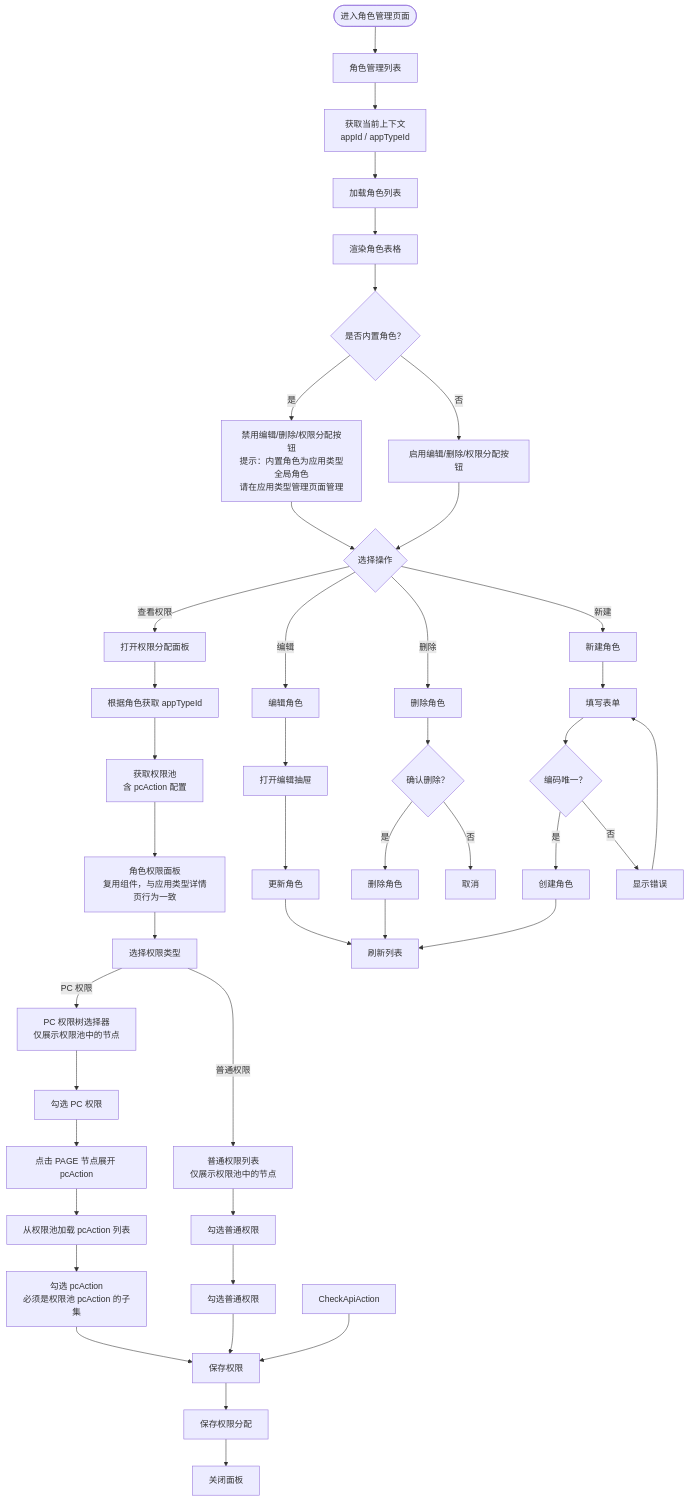
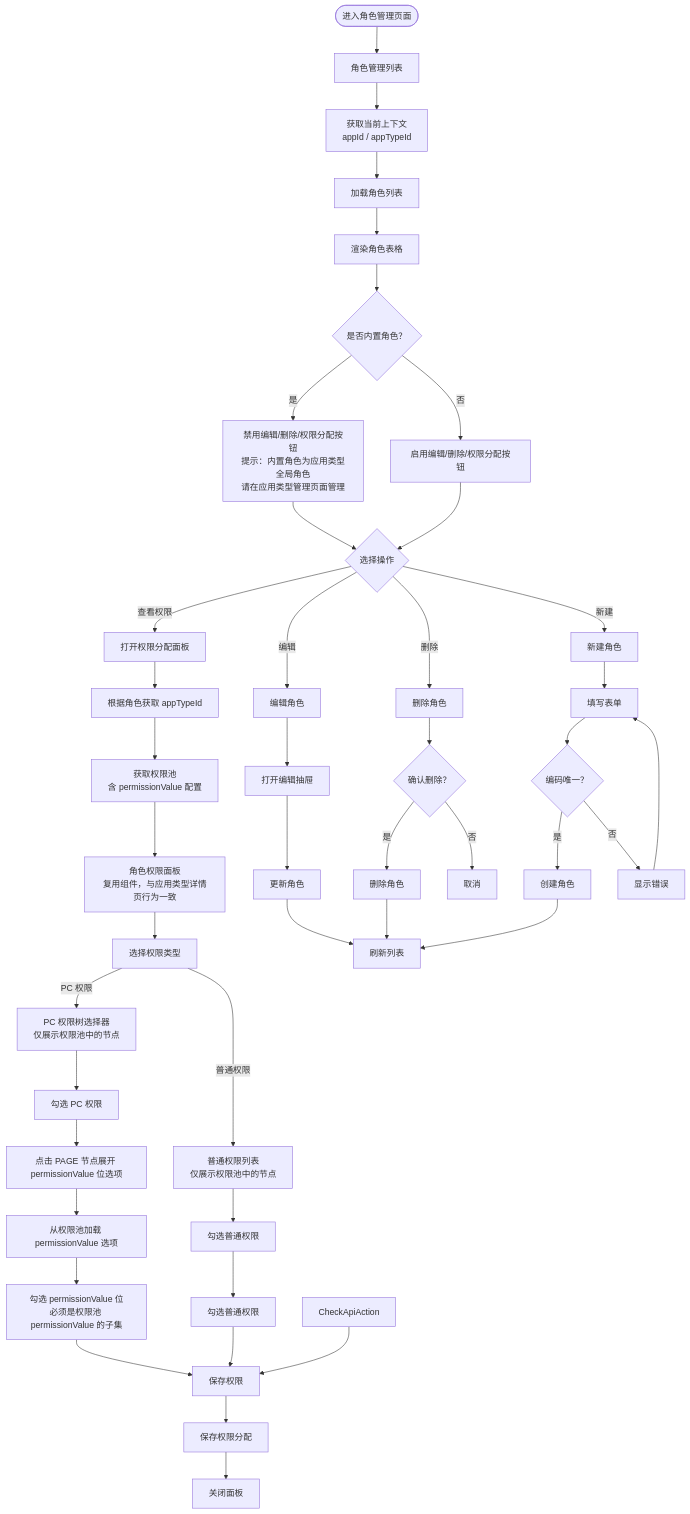
Before and after one commit to huyumo/moyan-mfw: the diagram in docs/pages/role-management.md, drawn with Mermaid. The commit also changed other lines of this file and 28 other files, not shown here.

Commit message:
chore: auto-commit [docs/api/app-type-api.md,docs/api/auth-api.md,docs/api/error-codes.md,docs/api/permission-api.md,docs/api/role-api.md,]

````diff
--- a/docs/pages/role-management.md
+++ b/docs/pages/role-management.md
@@ -28,61 +28,61 @@
 ```mermaid
 flowchart TD
     Start([进入角色管理页面]) --> RoleList[角色管理列表]
 
     RoleList --> LoadContext[获取当前上下文<br>appId / appTypeId]
     LoadContext --> LoadRoles[加载角色列表]
     LoadRoles --> RenderRoles[渲染角色表格]
 
     RenderRoles --> CheckBuiltin{是否内置角色？}
     CheckBuiltin -->|是 | DisableAll[禁用编辑/删除/权限分配按钮<br>提示：内置角色为应用类型全局角色<br>请在应用类型管理页面管理]
     CheckBuiltin -->|否 | EnableEdit[启用编辑/删除/权限分配按钮]
 
     DisableAll --> Action{选择操作}
     EnableEdit --> Action
 
     Action -->|查看权限 | PermissionPanel[打开权限分配面板]
     Action -->|编辑 | EditRole[编辑角色]
     Action -->|删除 | DeleteRole[删除角色]
     Action -->|新建 | CreateRole[新建角色]
 
     PermissionPanel --> GetAppTypeId[根据角色获取 appTypeId]
-    GetAppTypeId --> GetPool[获取权限池<br>含 pcAction 配置]
+    GetAppTypeId --> GetPool[获取权限池<br>含 permissionValue 配置]
     GetPool --> RolePermissionPanel[角色权限面板<br>复用组件，与应用类型详情页行为一致]
 
     RolePermissionPanel --> SelectPermType[选择权限类型]
 
     SelectPermType -->|PC 权限 | PcTreeSelect[PC 权限树选择器<br>仅展示权限池中的节点]
     SelectPermType -->|普通权限 | CommonList[普通权限列表<br>仅展示权限池中的节点]
 
     PcTreeSelect --> CheckPc[勾选 PC 权限]
     CommonList --> CheckCommon[勾选普通权限]
 
-    CheckPc --> ExpandPcAction[点击 PAGE 节点展开 pcAction]
-    CheckCommon --> CheckPcAction[勾选普通权限]
+    CheckPc --> ExpandPermissionValue[点击 PAGE 节点展开 permissionValue 位选项]
+    CheckCommon --> CheckPermissionValue[勾选普通权限]
 
-    ExpandPcAction --> LoadPoolPcAction[从权限池加载 pcAction 列表]
-    LoadPoolPcAction --> SelectPcAction[勾选 pcAction<br>必须是权限池 pcAction 的子集]
+    ExpandPermissionValue --> LoadPoolPermissionValue[从权限池加载 permissionValue 选项]
+    LoadPoolPermissionValue --> SelectPermissionValue[勾选 permissionValue 位<br>必须是权限池 permissionValue 的子集]
 
-    SelectPcAction --> SavePerm[保存权限]
-    CheckPcAction --> SavePerm
+    SelectPermissionValue --> SavePerm[保存权限]
+    CheckPermissionValue --> SavePerm
     CheckApiAction --> SavePerm
 
     SavePerm --> SavePermConfirm[保存权限分配]
     SavePermConfirm --> ClosePanel[关闭面板]
 
     EditRole --> EditDrawer[打开编辑抽屉]
     EditDrawer --> UpdateRole[更新角色]
     UpdateRole --> RefreshList[刷新列表]
 
     DeleteRole --> Confirm{确认删除？}
     Confirm -->|是 | DeleteRoleConfirm[删除角色]
     Confirm -->|否 | Cancel1[取消]
     DeleteRoleConfirm --> RefreshList
 
     CreateRole --> CreateForm[填写表单]
     CreateForm --> Validate{编码唯一？}
     Validate -->|是 | CreateRoleConfirm[创建角色]
     Validate -->|否 | ShowError[显示错误]
     CreateRoleConfirm --> RefreshList
     ShowError --> CreateForm
 ```
````
